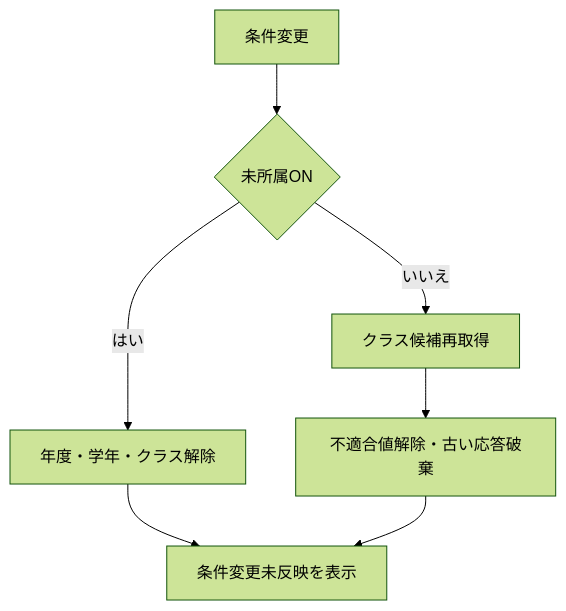
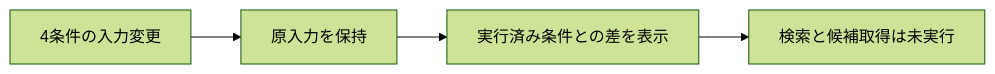
Before and after one commit to tujinrong/contextbase-evaluation: the sixth of 11 diagrams in test-project1/srcs/CSharp_WPF/spec/基本設計書/01_学生検索画面.md, drawn with Mermaid (forest theme). The commit also changed other lines of this file and 169 other files, not shown here.

````diff
--- a/test-project1/srcs/CSharp_WPF/spec/基本設計書/01_学生検索画面.md
+++ b/test-project1/srcs/CSharp_WPF/spec/基本設計書/01_学生検索画面.md
@@ -258,9 +222,6 @@
 ```mermaid
-flowchart TD
-    A[条件変更] --> B{未所属ON}
-    B -->|はい| C[年度・学年・クラス解除]
-    B -->|いいえ| D[クラス候補再取得]
-    D --> E[不適合値解除・古い応答破棄]
-    C --> F[条件変更未反映を表示]
-    E --> F
+flowchart LR
+    A[4条件の入力変更] --> B[原入力を保持]
+    B --> C[実行済み条件との差を表示]
+    C --> D[検索と候補取得は未実行]
 ```
````
